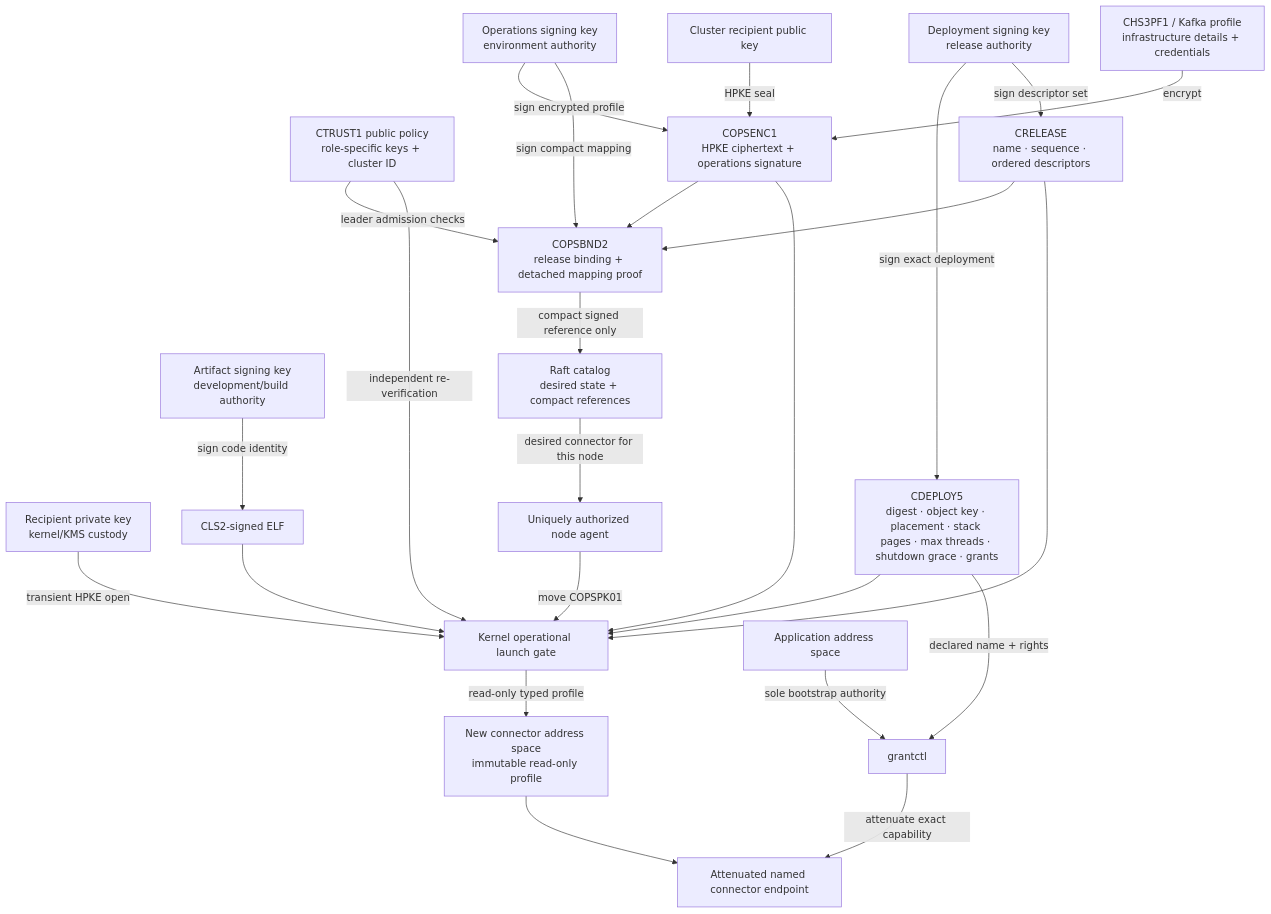
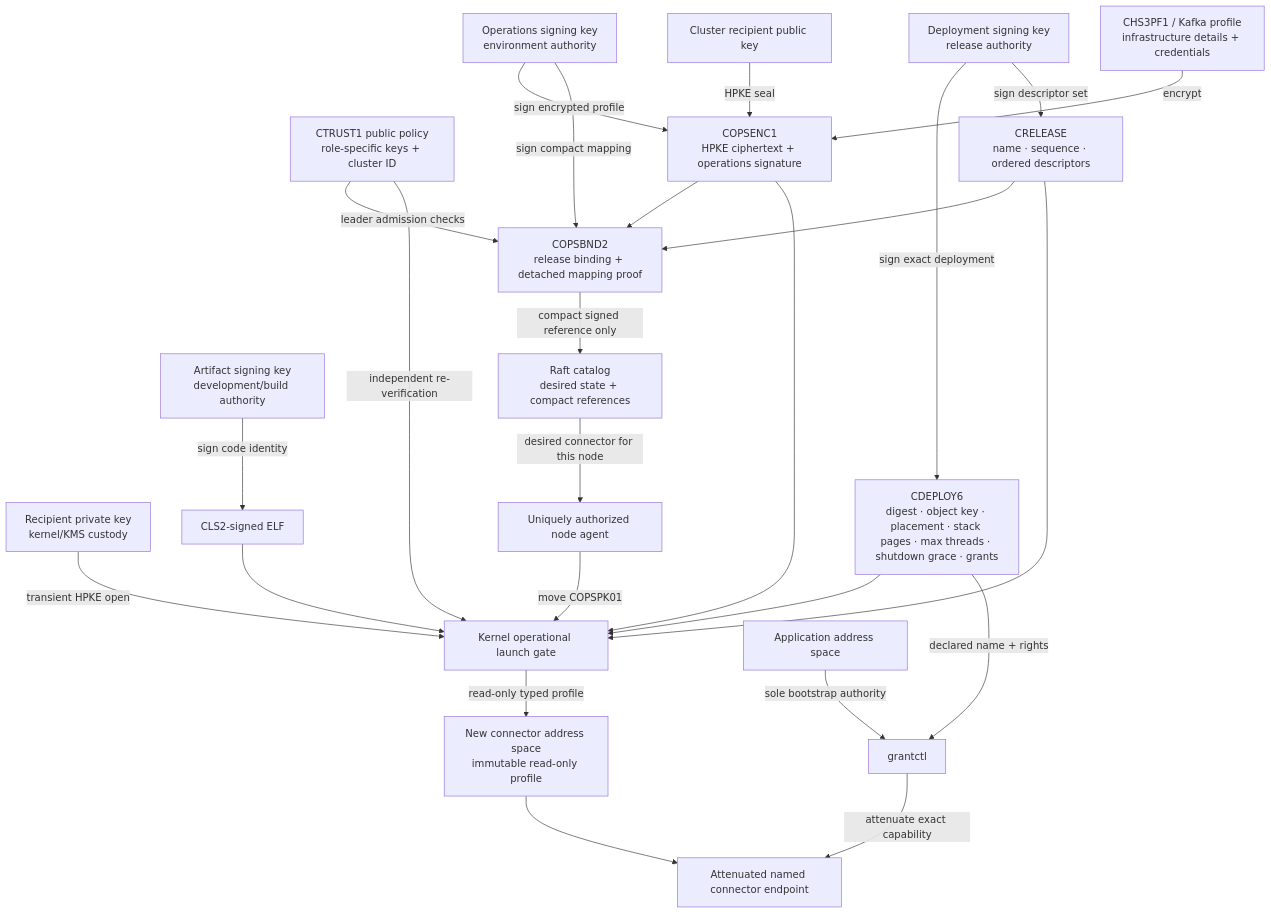
Before and after one commit to FrodeRanders/charlotte-os: the tenth of 14 diagrams in docs/figures.md, drawn with Mermaid. The commit also changed other lines of this file and 55 other files, not shown here.

Commit message:
Support architecture-aware signed deployment variants

````diff
--- a/docs/figures.md
+++ b/docs/figures.md
@@ -444,47 +444,47 @@
 ```mermaid
 flowchart TD
 AK["Artifact signing key<br/>development/build authority"]
 DK["Deployment signing key<br/>release authority"]
 OK["Operations signing key<br/>environment authority"]
 RPK["Cluster recipient public key"]
 RSK["Recipient private key<br/>kernel/KMS custody"]
 TRUST["CTRUST1 public policy<br/>role-specific keys + cluster ID"]
 ELF["CLS2-signed ELF"]
-DESC["CDEPLOY5<br/>digest · object key · placement · stack pages · max threads · shutdown grace · grants"]
+DESC["CDEPLOY6<br/>digest · object key · placement · stack pages · max threads · shutdown grace · grants"]
 REL["CRELEASE<br/>name · sequence · ordered descriptors"]
 PROFILE["CHS3PF1 / Kafka profile<br/>infrastructure details + credentials"]
 ENC["COPSENC1<br/>HPKE ciphertext + operations signature"]
 BUNDLE["COPSBND2<br/>release binding + detached mapping proof"]
 CAT["Raft catalog<br/>desired state + compact references"]
 AGENT["Uniquely authorized node agent"]
 GATE["Kernel operational launch gate"]
 CONNECTOR["New connector address space<br/>immutable read-only profile"]
 DOMAIN["Application address space"]
 GRANT["grantctl"]
 ENDPOINT["Attenuated named connector endpoint"]
 
       AK -->|"sign code identity"| ELF
       DK -->|"sign exact deployment"| DESC
       DK -->|"sign descriptor set"| REL
       RPK -->|"HPKE seal"| ENC
       OK -->|"sign encrypted profile"| ENC
       PROFILE -->|"encrypt"| ENC
       OK -->|"sign compact mapping"| BUNDLE
       REL --> BUNDLE
       ENC --> BUNDLE
       TRUST -->|"leader admission checks"| BUNDLE
       BUNDLE -->|"compact signed reference only"| CAT
       CAT -->|"desired connector for this node"| AGENT
       AGENT -->|"move COPSPK01"| GATE
       TRUST -->|"independent re-verification"| GATE
       RSK -->|"transient HPKE open"| GATE
       ELF --> GATE
       DESC --> GATE
       REL --> GATE
       ENC --> GATE
       GATE -->|"read-only typed profile"| CONNECTOR
       CONNECTOR --> ENDPOINT
       DESC -->|"declared name + rights"| GRANT
       DOMAIN -->|"sole bootstrap authority"| GRANT
       GRANT -->|"attenuate exact capability"| ENDPOINT
 ```
````
